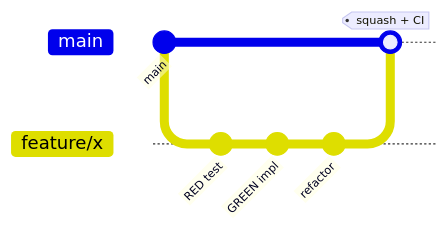
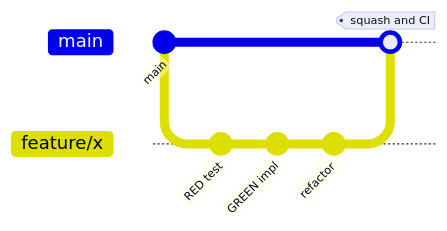
One commit to e128/dotnet-reference changed the diagram in docs/engineering/getting-started.md. Above: the diagram before and after it, drawn with Mermaid. The commit also changed other lines of this file and 20 other files, not shown here.

````diff
--- a/docs/engineering/getting-started.md
+++ b/docs/engineering/getting-started.md
@@ -97,10 +106,10 @@
 ```mermaid
 gitGraph
   commit id: "main"
   branch feature/x
   commit id: "RED test"
   commit id: "GREEN impl"
   commit id: "refactor"
   checkout main
-  merge feature/x tag: "squash + CI"
+  merge feature/x tag: "squash and CI"
 ```
````
